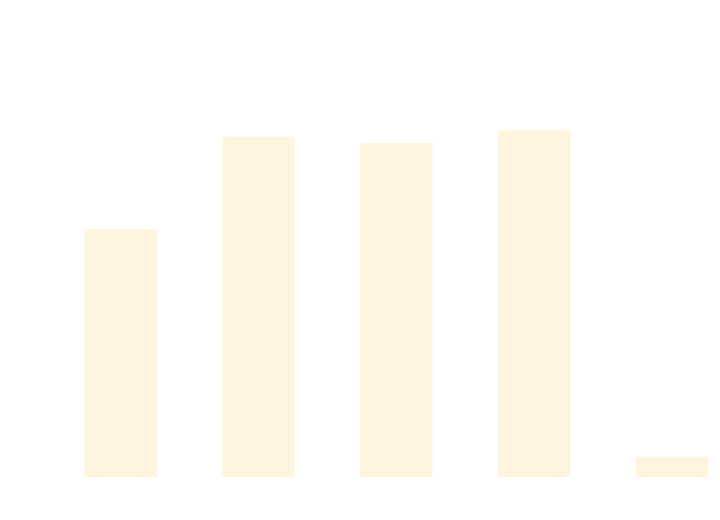
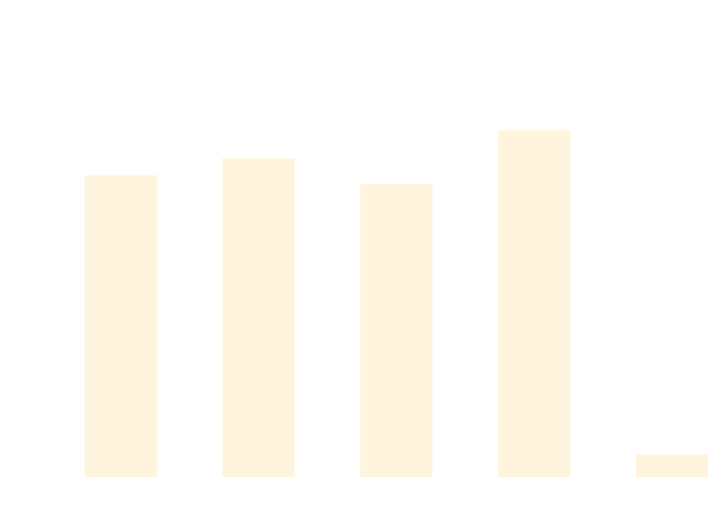
Before and after one commit to thomhurst/TUnit: the diagram in docs/docs/benchmarks/DataDrivenTests.md, drawn with Mermaid. The commit also changed other lines of this file and 17 other files, not shown here.

````diff
--- a/docs/docs/benchmarks/DataDrivenTests.md
+++ b/docs/docs/benchmarks/DataDrivenTests.md
@@ -27,37 +27,37 @@
 ```mermaid
 %%{init: {
   'theme':'base',
   'themeVariables': {
     'primaryColor': '#2563eb',
     'primaryTextColor': '#ffffff',
     'primaryBorderColor': '#1e40af',
     'lineColor': '#6b7280',
     'secondaryColor': '#7c3aed',
     'tertiaryColor': '#dc2626',
     'background': '#ffffff',
     'mainBkg': '#2563eb',
     'secondBkg': '#7c3aed',
     'tertiaryBkg': '#dc2626',
     'clusterBkg': '#f3f4f6',
     'edgeLabelBackground': '#ffffff',
     'tertiaryTextColor': '#1f2937',
     'pie1': '#2563eb',
     'pie2': '#7c3aed',
     'pie3': '#dc2626',
     'pie4': '#f59e0b',
     'pie5': '#10b981',
     'pie6': '#06b6d4',
     'pie7': '#ec4899',
     'pie8': '#6366f1',
     'pie9': '#84cc16',
     'pie10': '#f97316',
     'pie11': '#14b8a6',
     'pie12': '#a855f7'
   }
 }}%%
 xychart-beta
   title "DataDrivenTests Performance Comparison"
   x-axis ["TUnit", "NUnit", "MSTest", "xUnit3", "TUnit_AOT"]
-  y-axis "Time (ms)" 0 --> 858
-  bar [506.1, 700.46, 687.05, 714.25, 24.88]
+  y-axis "Time (ms)" 0 --> 689
+  bar [497.25, 526.05, 482.94, 573.56, 24.7]
 ```
````
